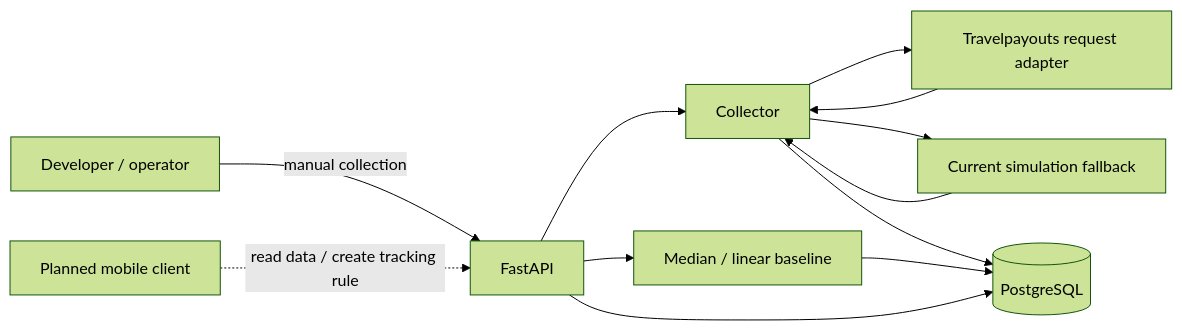
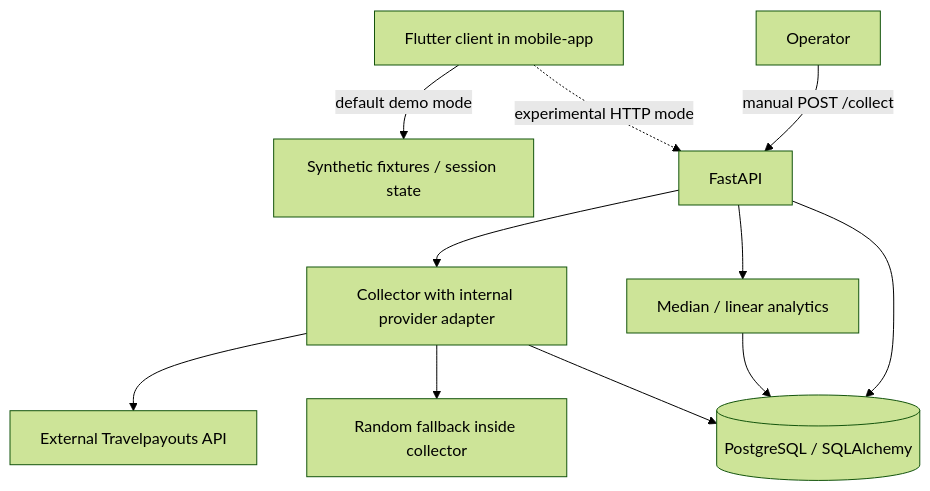
One commit to Swoksaar0/airfare-monitoring-kz changed the diagram in README.md. Above: the diagram before and after it, drawn with Mermaid (forest theme). The commit also changed other lines of this file and 11 other files, not shown here.

Commit message:
Docs: align architecture with GitHub code and separate target data flow

````diff
--- a/README.md
+++ b/README.md
@@ -163,14 +165,13 @@
 ```mermaid
-flowchart LR
-    Operator["Developer / operator"] -->|"manual collection"| API["FastAPI"]
-    Mobile["Planned mobile client"] -.->|"read data / create tracking rule"| API
-    API --> Collector["Collector"]
-    Collector --> Provider["Travelpayouts request adapter"]
-    Collector --> Demo["Current simulation fallback"]
-    Provider --> Collector
-    Demo --> Collector
-    Collector --> DB[("PostgreSQL")]
-    API --> Analytics["Median / linear baseline"]
+flowchart TB
+    Mobile["Flutter client in mobile-app"] -->|"default demo mode"| Fixtures["Synthetic fixtures / session state"]
+    Mobile -.->|"experimental HTTP mode"| API["FastAPI"]
+    Operator["Operator"] -->|"manual POST /collect"| API
+    API --> Collector["Collector with internal provider adapter"]
+    Collector --> Source["External Travelpayouts API"]
+    Collector --> Fallback["Random fallback inside collector"]
+    Collector --> DB[("PostgreSQL / SQLAlchemy")]
+    API --> Analytics["Median / linear analytics"]
     Analytics --> DB
     API --> DB
 ```
````
